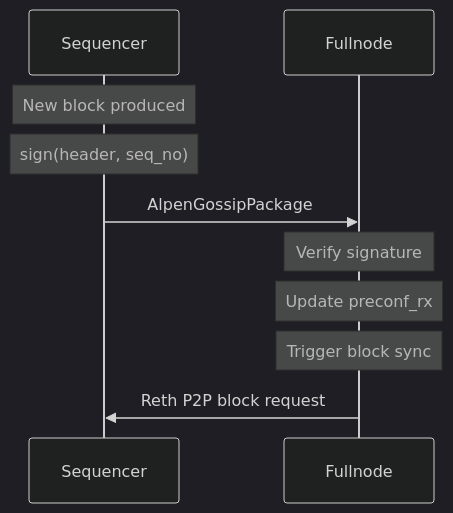
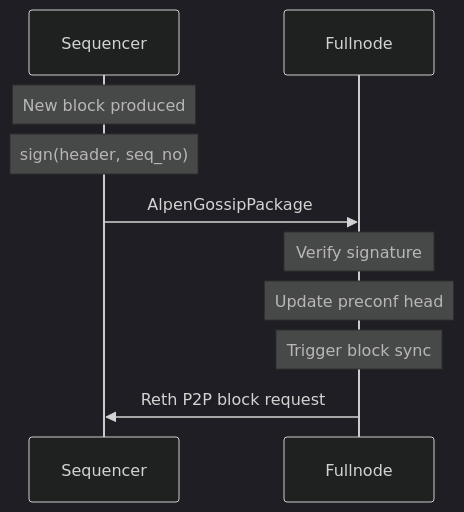
The third of 8 diagrams in bin/alpen-client/README.md (alpenlabs/alpen), drawn with Mermaid (dark theme) before and after one commit. The commit also changed other lines of this file, not shown here.

````diff
--- a/bin/alpen-client/README.md
+++ b/bin/alpen-client/README.md
@@ -372,13 +485,13 @@
 ```mermaid
 sequenceDiagram
     participant Seq as Sequencer
     participant FN as Fullnode
 
     Note over Seq: New block produced
     Note over Seq: sign(header, seq_no)
     Seq->>FN: AlpenGossipPackage
     Note over FN: Verify signature
-    Note over FN: Update preconf_rx
+    Note over FN: Update preconf head
     Note over FN: Trigger block sync
     FN->>Seq: Reth P2P block request
 ```
````
